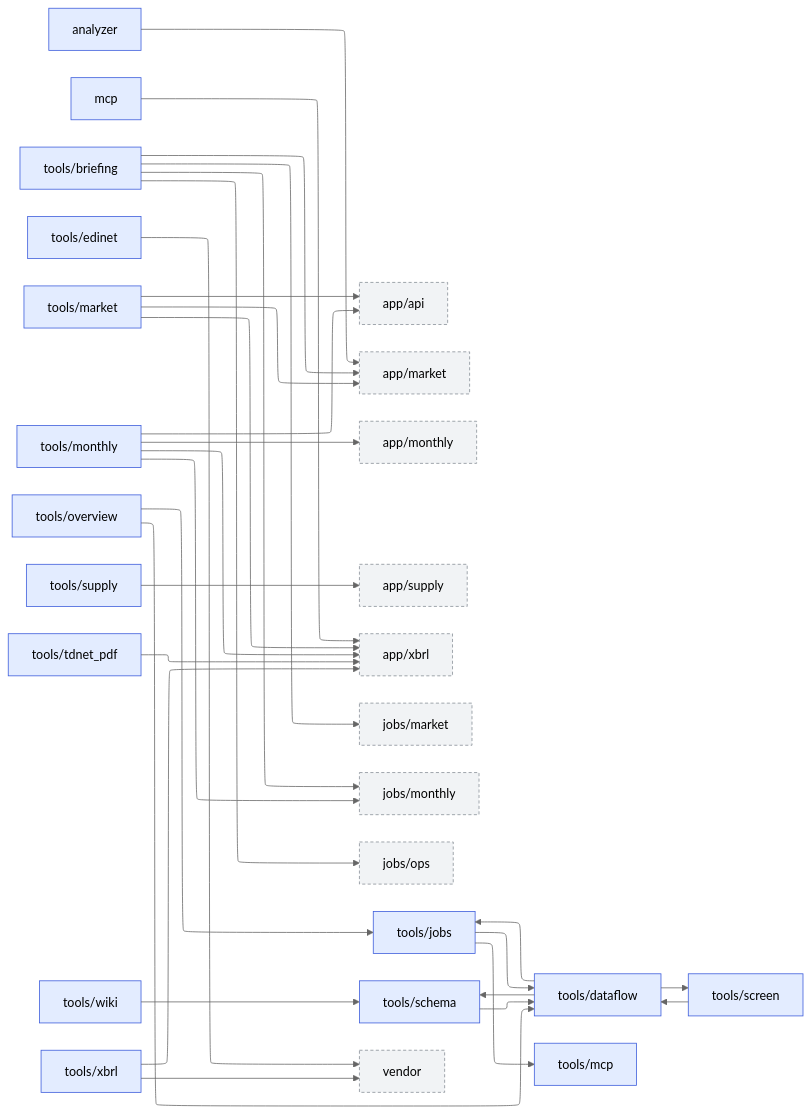
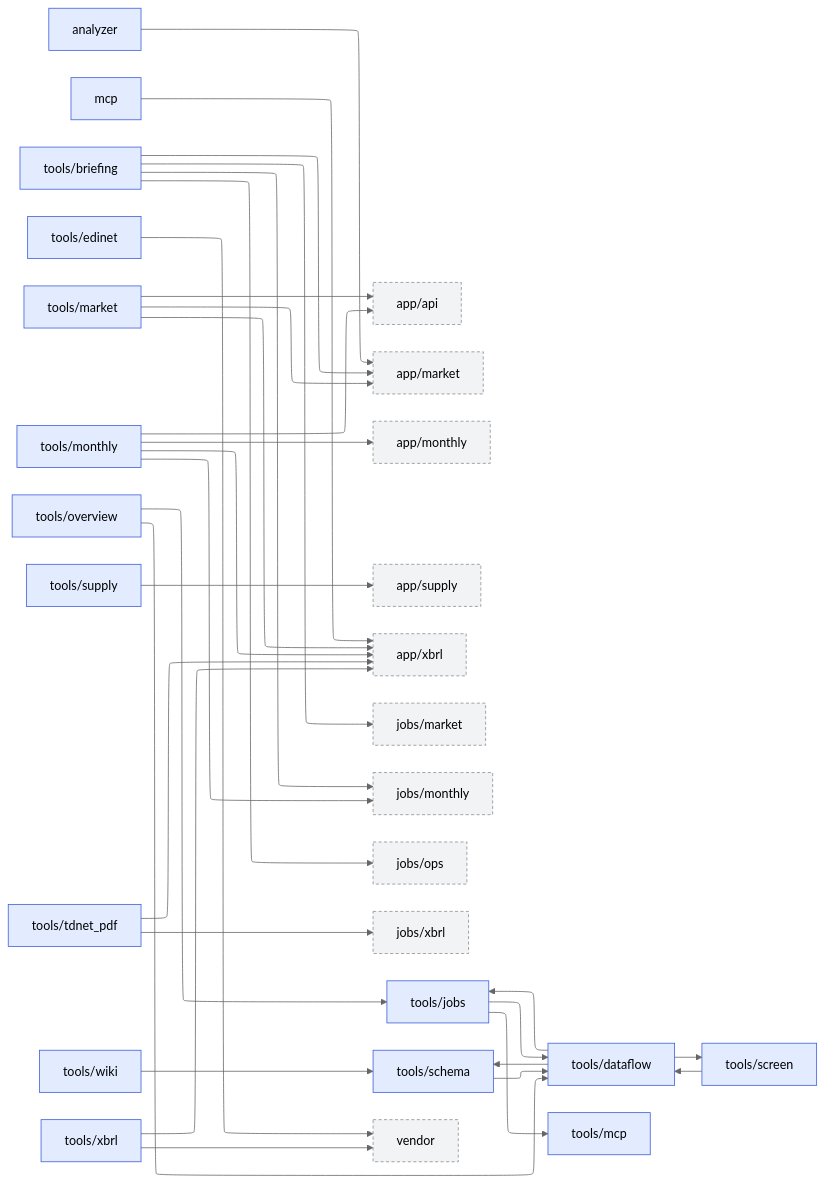
The third of 3 diagrams in docs/overview/modules.md (pekumirui/stock-analyzer), drawn with Mermaid (neutral theme) before and after one commit. The commit also changed other lines of this file and 31 other files, not shown here.

````diff
--- a/docs/overview/modules.md
+++ b/docs/overview/modules.md
@@ -92,62 +92,64 @@
 ```mermaid
 ---
 config:
   layout: elk
 ---
 flowchart LR
   n0["analyzer"]:::own
   n1["app/api"]:::ext
   n2["app/market"]:::ext
   n3["app/monthly"]:::ext
   n4["app/supply"]:::ext
   n5["app/xbrl"]:::ext
   n6["jobs/market"]:::ext
   n7["jobs/monthly"]:::ext
   n8["jobs/ops"]:::ext
-  n9["mcp"]:::own
-  n10["tools/briefing"]:::own
-  n11["tools/dataflow"]:::own
-  n12["tools/edinet"]:::own
-  n13["tools/jobs"]:::own
-  n14["tools/market"]:::own
-  n15["tools/mcp"]:::own
-  n16["tools/monthly"]:::own
-  n17["tools/overview"]:::own
-  n18["tools/schema"]:::own
-  n19["tools/screen"]:::own
-  n20["tools/supply"]:::own
-  n21["tools/tdnet_pdf"]:::own
-  n22["tools/wiki"]:::own
-  n23["tools/xbrl"]:::own
-  n24["vendor"]:::ext
+  n9["jobs/xbrl"]:::ext
+  n10["mcp"]:::own
+  n11["tools/briefing"]:::own
+  n12["tools/dataflow"]:::own
+  n13["tools/edinet"]:::own
+  n14["tools/jobs"]:::own
+  n15["tools/market"]:::own
+  n16["tools/mcp"]:::own
+  n17["tools/monthly"]:::own
+  n18["tools/overview"]:::own
+  n19["tools/schema"]:::own
+  n20["tools/screen"]:::own
+  n21["tools/supply"]:::own
+  n22["tools/tdnet_pdf"]:::own
+  n23["tools/wiki"]:::own
+  n24["tools/xbrl"]:::own
+  n25["vendor"]:::ext
   n0 --> n2
-  n9 --> n5
-  n10 --> n2
-  n10 --> n6
-  n10 --> n7
-  n10 --> n8
-  n11 --> n13
-  n11 --> n18
-  n11 --> n19
-  n12 --> n24
-  n13 --> n11
-  n13 --> n15
-  n14 --> n1
-  n14 --> n2
-  n14 --> n5
-  n16 --> n1
-  n16 --> n3
-  n16 --> n5
-  n16 --> n7
-  n17 --> n11
-  n17 --> n13
-  n18 --> n11
-  n19 --> n11
-  n20 --> n4
-  n21 --> n5
-  n22 --> n18
-  n23 --> n5
-  n23 --> n24
+  n10 --> n5
+  n11 --> n2
+  n11 --> n6
+  n11 --> n7
+  n11 --> n8
+  n12 --> n14
+  n12 --> n19
+  n12 --> n20
+  n13 --> n25
+  n14 --> n12
+  n14 --> n16
+  n15 --> n1
+  n15 --> n2
+  n15 --> n5
+  n17 --> n1
+  n17 --> n3
+  n17 --> n5
+  n17 --> n7
+  n18 --> n12
+  n18 --> n14
+  n19 --> n12
+  n20 --> n12
+  n21 --> n4
+  n22 --> n5
+  n22 --> n9
+  n23 --> n19
+  n24 --> n5
+  n24 --> n25
   classDef own fill:#e3ecff,stroke:#3b5bdb
   classDef ext fill:#f1f3f5,stroke:#868e96,stroke-dasharray:4 3
 ```
````
